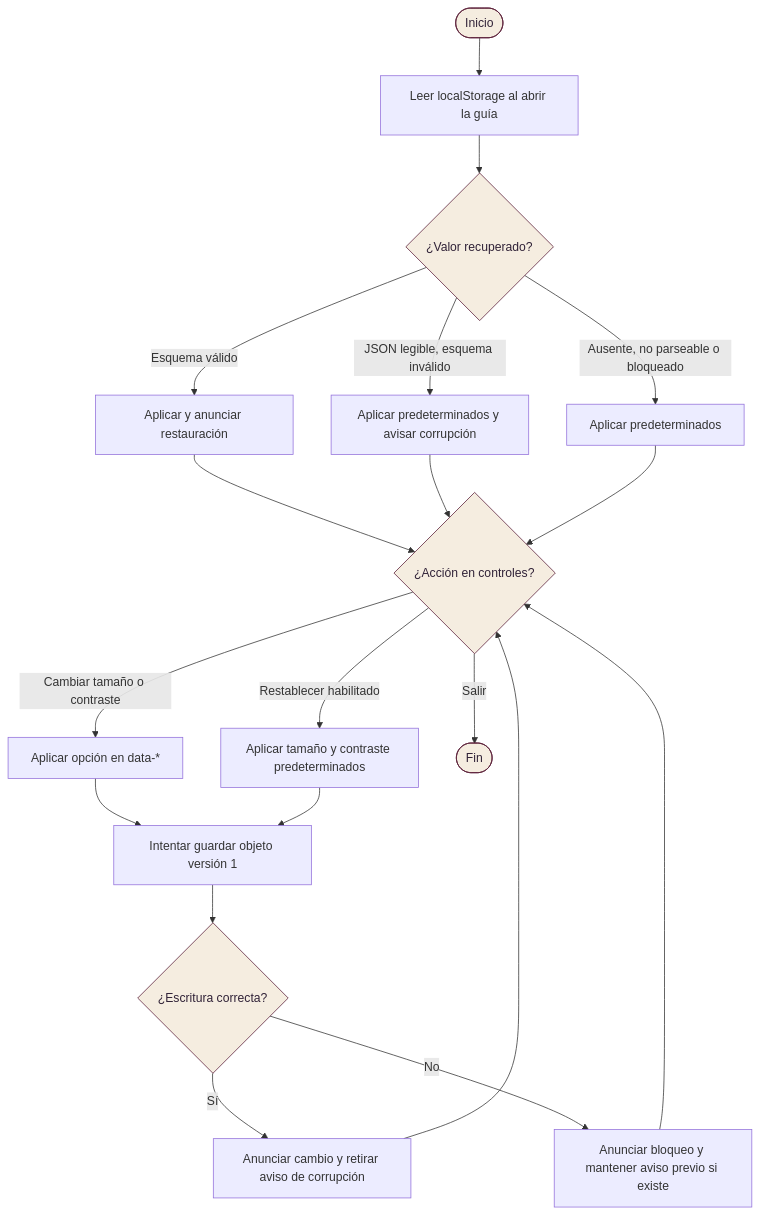
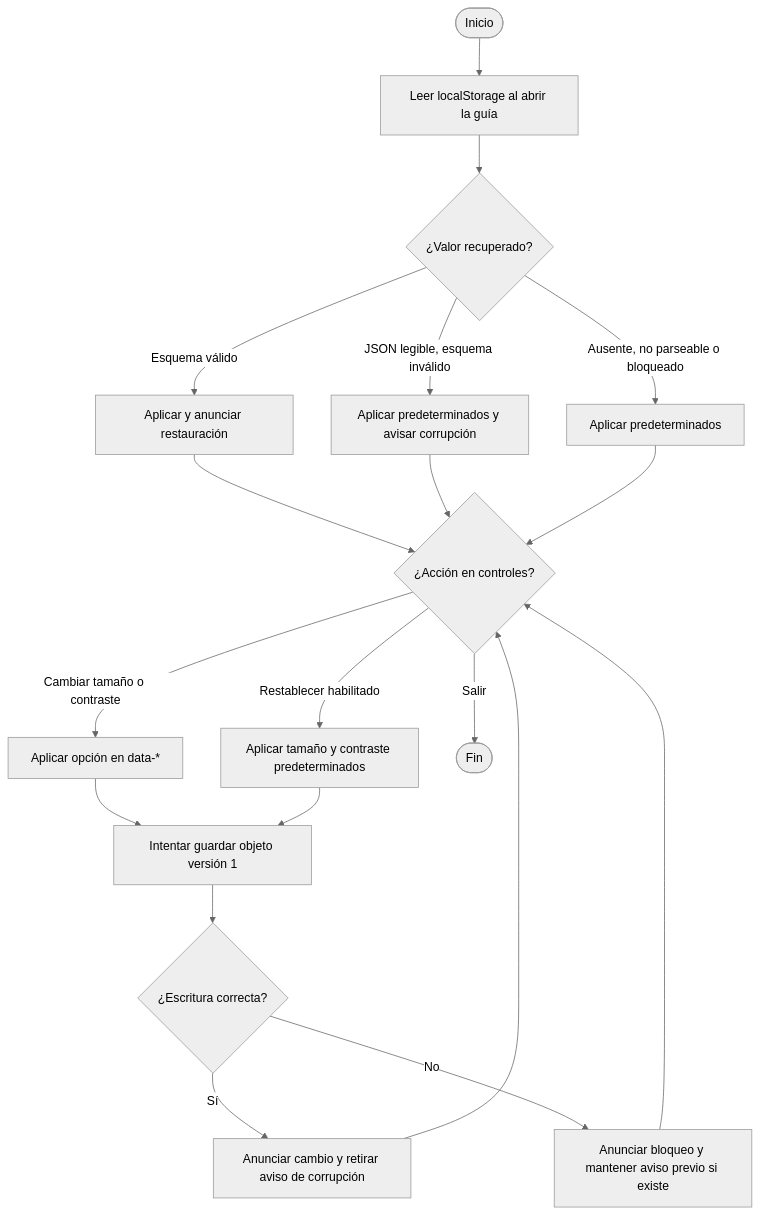
The diagram in docs/architecture/03-vista-procesos/actividades/ACTV-04-ajustar-accesibilidad.md (magomez36/FIAVL_Arquitectura-de-Software), drawn with Mermaid before and after one commit. The commit also changed 143 other files, not shown here.

Commit message:
docs(architecture): simplifica documentacion y corrige exportacion completa del PDF

````diff
--- a/docs/architecture/03-vista-procesos/actividades/ACTV-04-ajustar-accesibilidad.md
+++ b/docs/architecture/03-vista-procesos/actividades/ACTV-04-ajustar-accesibilidad.md
@@ -7,21 +7,23 @@
 ```mermaid
+---
+config:
+  theme: neutral
+---
 flowchart TD
   I([Inicio]) --> R["Leer localStorage al abrir la guía"]
   R --> J{"¿Valor recuperado?"}
   J -->|Esquema válido| P["Aplicar y anunciar restauración"]
   J -->|JSON legible, esquema inválido| C["Aplicar predeterminados y avisar corrupción"]
   J -->|Ausente, no parseable o bloqueado| N["Aplicar predeterminados"]
   P --> E{"¿Acción en controles?"}
   C --> E
   N --> E
   E -->|Cambiar tamaño o contraste| A["Aplicar opción en data-*"]
   E -->|Restablecer habilitado| B["Aplicar tamaño y contraste predeterminados"]
   E -->|Salir| F([Fin])
   A --> W["Intentar guardar objeto versión 1"]
   B --> W
   W --> S{"¿Escritura correcta?"}
   S -->|Sí| O["Anunciar cambio y retirar aviso de corrupción"] --> E
   S -->|No| G["Anunciar bloqueo y mantener aviso previo si existe"] --> E
-  classDef accent fill:#F5EDE0,stroke:#591C37,color:#302237
-  class I,F,J,E,S accent
 ```
````
